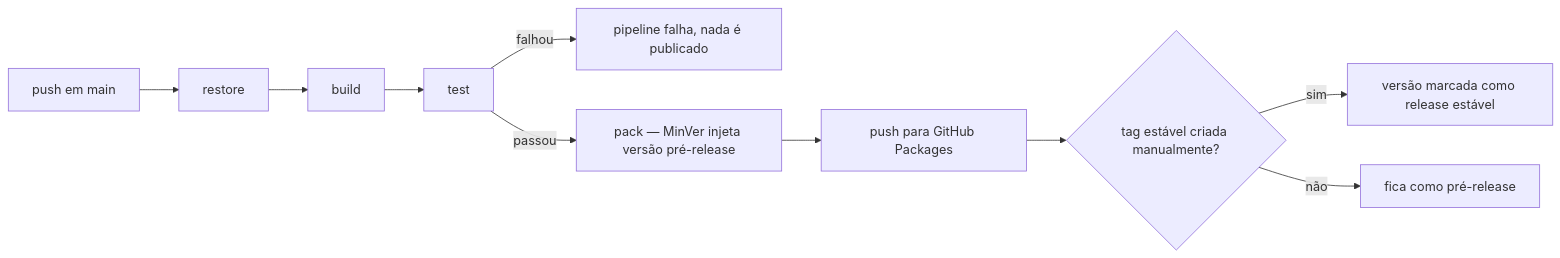
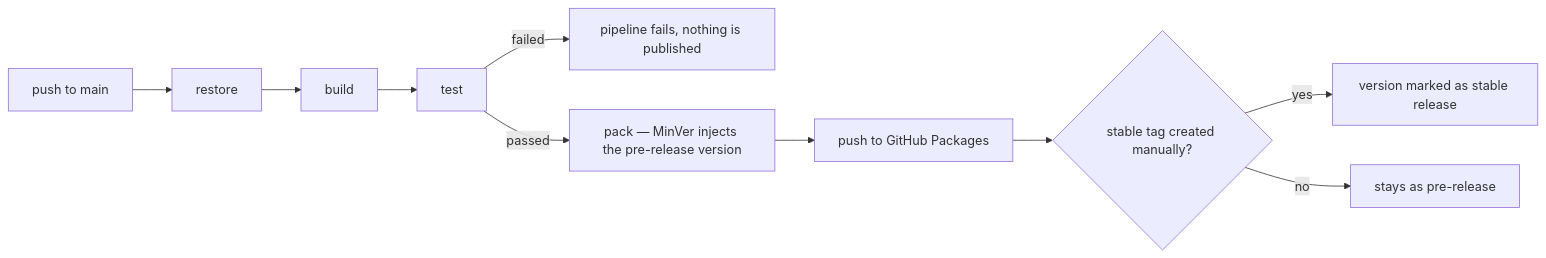
One commit to limajsolutions/limaj-framework changed the diagram in docs/epics/finalizados/nuget-package-publishing-pipeline.md. Above: the diagram before and after it, drawn with Mermaid. The commit also changed other lines of this file and 31 other files, not shown here.

````diff
--- a/docs/epics/finalizados/nuget-package-publishing-pipeline.md
+++ b/docs/epics/finalizados/nuget-package-publishing-pipeline.md
@@ -100,12 +103,12 @@
 ```mermaid
 flowchart LR
-    A[push em main] --> B[restore]
+    A[push to main] --> B[restore]
     B --> C[build]
     C --> D[test]
-    D -->|falhou| X[pipeline falha, nada é publicado]
-    D -->|passou| E[pack — MinVer injeta versão pré-release]
-    E --> F[push para GitHub Packages]
-    F --> G{tag estável criada manualmente?}
-    G -->|sim| H[versão marcada como release estável]
-    G -->|não| I[fica como pré-release]
+    D -->|failed| X[pipeline fails, nothing is published]
+    D -->|passed| E[pack — MinVer injects the pre-release version]
+    E --> F[push to GitHub Packages]
+    F --> G{stable tag created manually?}
+    G -->|yes| H[version marked as stable release]
+    G -->|no| I[stays as pre-release]
 ```
````
